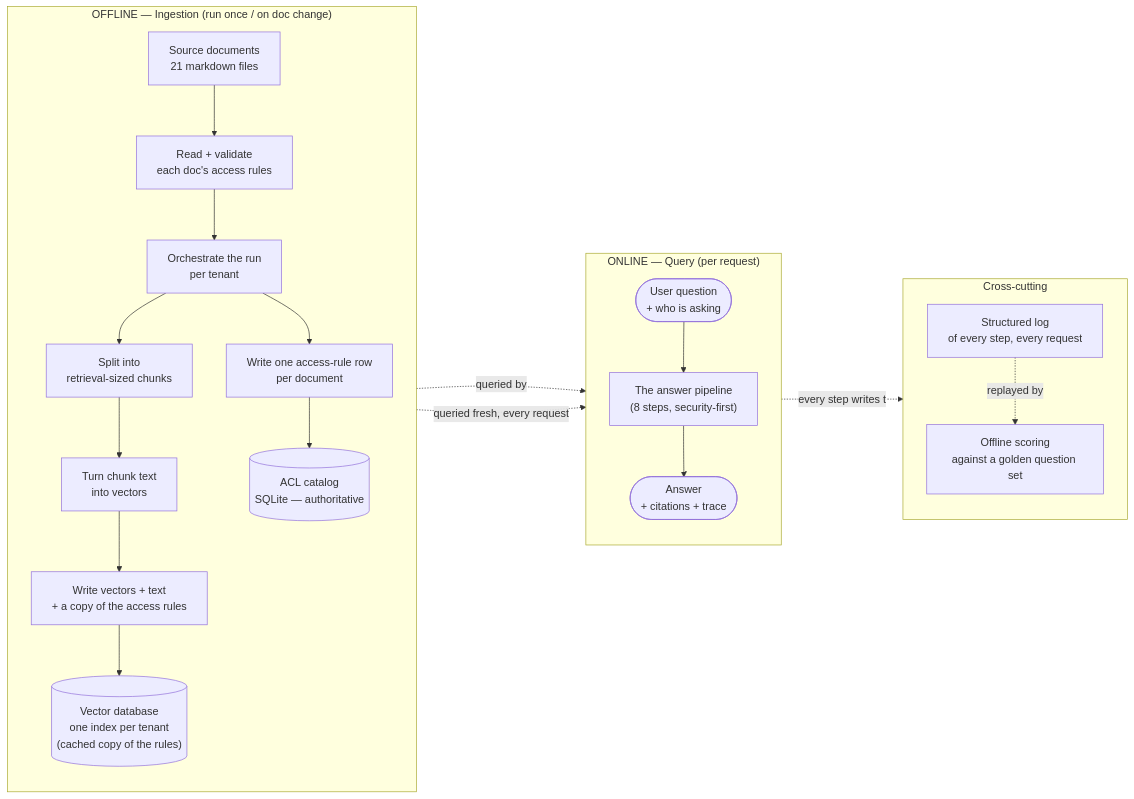
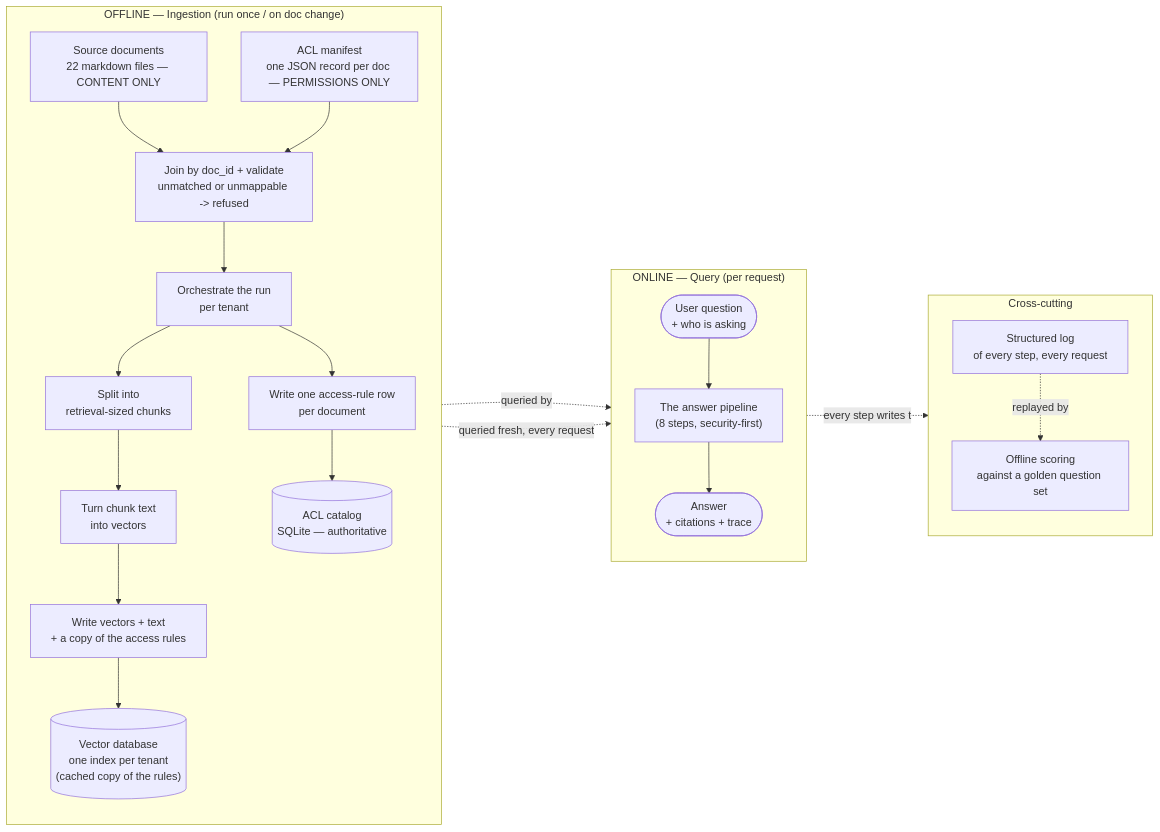
Before and after one commit to Sourav692/INTERVIEW-PREPARATION: the first of 7 diagrams in DevRev_Preparation/enterprise_rag_platform/docs/06-architecture-end-to-end.md, drawn with Mermaid. The commit also changed other lines of this file and 42 other files, not shown here.

Commit message:
feat: introduce ACL manifest for access control, refactor document ingestion to separate content and permissions, and update related documentation for clarity

````diff
--- a/DevRev_Preparation/enterprise_rag_platform/docs/06-architecture-end-to-end.md
+++ b/DevRev_Preparation/enterprise_rag_platform/docs/06-architecture-end-to-end.md
@@ -19,39 +19,42 @@
 ```mermaid
 flowchart LR
     subgraph OFFLINE["OFFLINE — Ingestion (run once / on doc change)"]
         direction TB
-        CORPUS["Source documents\n21 markdown files"]
-        LOAD["Read + validate\neach doc's access rules"]
+        CORPUS["Source documents\n22 markdown files — CONTENT ONLY"]
+        MANIFEST["ACL manifest\none JSON record per doc — PERMISSIONS ONLY"]
+        JOIN["Join by doc_id + validate\nunmatched or unmappable -> refused"]
         CHUNK["Split into\nretrieval-sized chunks"]
         PIPE["Orchestrate the run\nper tenant"]
         EMBED["Turn chunk text\ninto vectors"]
         STORE["Write vectors + text\n+ a copy of the access rules"]
         CHROMA[("Vector database\none index per tenant\n(cached copy of the rules)")]
         CATWRITE["Write one access-rule row\nper document"]
         CATDB[("ACL catalog\nSQLite — authoritative")]
 
-        CORPUS --> LOAD --> PIPE
+        CORPUS --> JOIN
+        MANIFEST --> JOIN
+        JOIN --> PIPE
         PIPE --> CHUNK --> EMBED --> STORE --> CHROMA
         PIPE --> CATWRITE --> CATDB
     end
 
     subgraph ONLINE["ONLINE — Query (per request)"]
         direction TB
         USER(["User question\n+ who is asking"])
         GRAPH["The answer pipeline\n(8 steps, security-first)"]
         ANSWER(["Answer\n+ citations + trace"])
 
         USER --> GRAPH --> ANSWER
     end
 
     subgraph SUPPORT["Cross-cutting"]
         direction TB
         TRACE["Structured log\nof every step, every request"]
         EVAL["Offline scoring\nagainst a golden question set"]
     end
 
     CHROMA -.queried by.-> GRAPH
     CATDB -.queried fresh, every request.-> GRAPH
     GRAPH -.every step writes to.-> TRACE
     TRACE -.replayed by.-> EVAL
 ```
````
